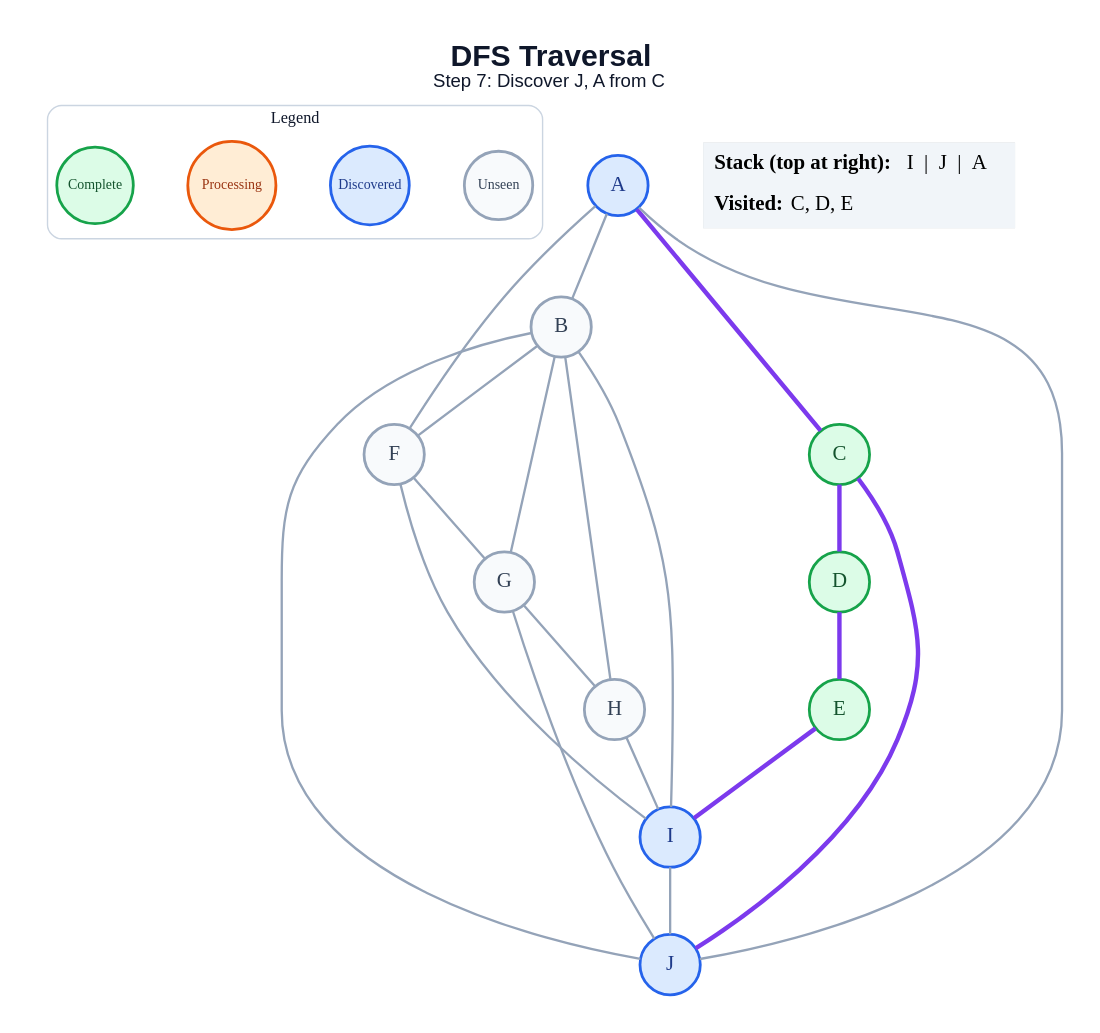
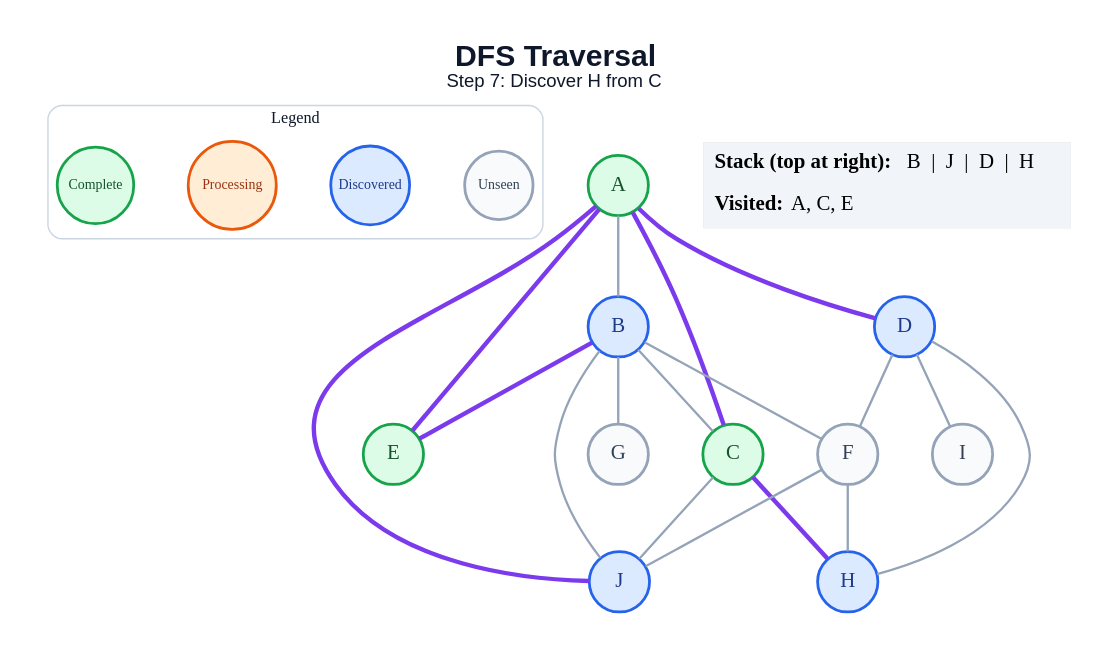
Before and after one commit to amanghodawala9/ai-slop: the diagram in generated/specific-node/dfs/step_07.dot, drawn with Graphviz. The commit also changed 178 other files, not shown here.

```diff
--- a/generated/specific-node/dfs/step_07.dot
+++ b/generated/specific-node/dfs/step_07.dot
@@ -1,48 +1,46 @@
 graph traversal {
   graph [layout=dot, rankdir=TB, bgcolor="#FFFFFF", pad="0.35", nodesep="0.65", ranksep="0.8", fontname="Arial"];
   node [shape=circle, style="filled", fontname="Arial Bold", fontsize=18, width=0.72, fixedsize=true, penwidth=2.4];
   edge [color="#94A3B8", penwidth=2.0];
-  label=<<B>DFS Traversal</B><BR/><FONT POINT-SIZE="16">Step 7: Discover J, A from C</FONT>>; labelloc="t"; fontsize=26; fontname="Arial"; fontcolor="#0F172A";
+  label=<<B>DFS Traversal</B><BR/><FONT POINT-SIZE="16">Step 7: Discover H from C</FONT>>; labelloc="t"; fontsize=26; fontname="Arial"; fontcolor="#0F172A";
   subgraph cluster_legend { label="Legend"; color="#CBD5E1"; penwidth=1.2; style="rounded"; fontsize=14; fontname="Arial Bold";
     key_unseen [label="Unseen", fillcolor="#F8FAFC", color="#94A3B8", fontcolor="#334155", fontsize=12, width=0.82];
     key_frontier [label="Discovered", fillcolor="#DBEAFE", color="#2563EB", fontcolor="#1E3A8A", fontsize=12, width=0.95];
     key_current [label="Processing", fillcolor="#FFEDD5", color="#EA580C", fontcolor="#9A3412", fontsize=12, width=1.05];
     key_done [label="Complete", fillcolor="#DCFCE7", color="#16A34A", fontcolor="#14532D", fontsize=12, width=0.92];
     { rank=same; key_unseen; key_frontier; key_current; key_done; }
   }
-  A [fillcolor="#DBEAFE", color="#2563EB", fontcolor="#1E3A8A"];
-  B [fillcolor="#F8FAFC", color="#94A3B8", fontcolor="#334155"];
+  A [fillcolor="#DCFCE7", color="#16A34A", fontcolor="#14532D"];
+  B [fillcolor="#DBEAFE", color="#2563EB", fontcolor="#1E3A8A"];
   C [fillcolor="#DCFCE7", color="#16A34A", fontcolor="#14532D"];
-  D [fillcolor="#DCFCE7", color="#16A34A", fontcolor="#14532D"];
+  D [fillcolor="#DBEAFE", color="#2563EB", fontcolor="#1E3A8A"];
   E [fillcolor="#DCFCE7", color="#16A34A", fontcolor="#14532D"];
   F [fillcolor="#F8FAFC", color="#94A3B8", fontcolor="#334155"];
   G [fillcolor="#F8FAFC", color="#94A3B8", fontcolor="#334155"];
-  H [fillcolor="#F8FAFC", color="#94A3B8", fontcolor="#334155"];
-  I [fillcolor="#DBEAFE", color="#2563EB", fontcolor="#1E3A8A"];
+  H [fillcolor="#DBEAFE", color="#2563EB", fontcolor="#1E3A8A"];
+  I [fillcolor="#F8FAFC", color="#94A3B8", fontcolor="#334155"];
   J [fillcolor="#DBEAFE", color="#2563EB", fontcolor="#1E3A8A"];
   A -- B;
   A -- C [color="#7C3AED", penwidth=3.8];
-  A -- F;
-  A -- J;
+  A -- D [color="#7C3AED", penwidth=3.8];
+  A -- E [color="#7C3AED", penwidth=3.8];
+  A -- J [color="#7C3AED", penwidth=3.8];
+  B -- C;
+  B -- E [color="#7C3AED", penwidth=3.8];
   B -- F;
   B -- G;
-  B -- H;
-  B -- I;
   B -- J;
-  C -- D [color="#7C3AED", penwidth=3.8];
-  C -- J [color="#7C3AED", penwidth=3.8];
-  D -- E [color="#7C3AED", penwidth=3.8];
-  E -- I [color="#7C3AED", penwidth=3.8];
-  F -- G;
-  F -- I;
-  G -- H;
-  G -- J;
-  H -- I;
-  I -- J;
+  C -- H [color="#7C3AED", penwidth=3.8];
+  C -- J;
+  D -- F;
+  D -- H;
+  D -- I;
+  F -- H;
+  F -- J;
   status [shape=plain, fixedsize=false, width=0, height=0, margin=0, label=<
     <TABLE BORDER="0" CELLBORDER="0" CELLPADDING="7" BGCOLOR="#F1F5F9">
-      <TR><TD ALIGN="LEFT"><B>Stack (top at right):</B> I  |  J  |  A</TD></TR>
-      <TR><TD ALIGN="LEFT"><B>Visited:</B> C, D, E</TD></TR>
+      <TR><TD ALIGN="LEFT"><B>Stack (top at right):</B> B  |  J  |  D  |  H</TD></TR>
+      <TR><TD ALIGN="LEFT"><B>Visited:</B> A, C, E</TD></TR>
     </TABLE>
   >];
 }
```
